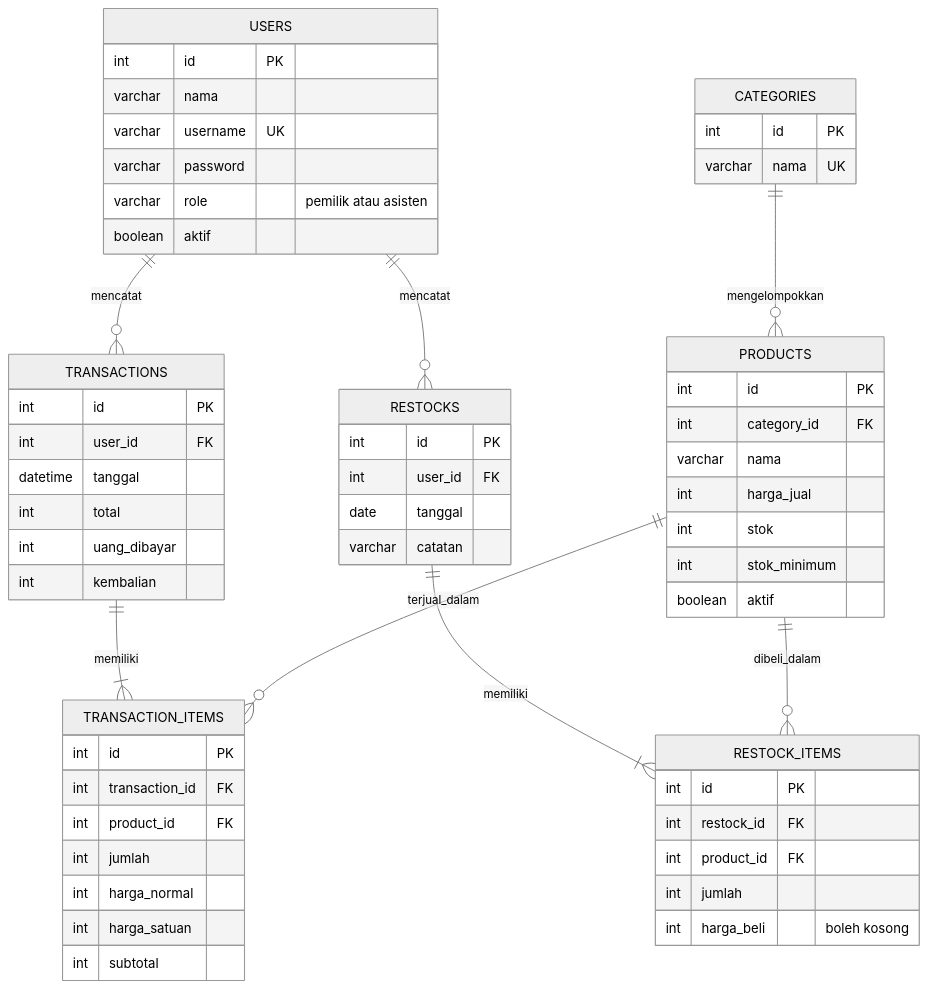
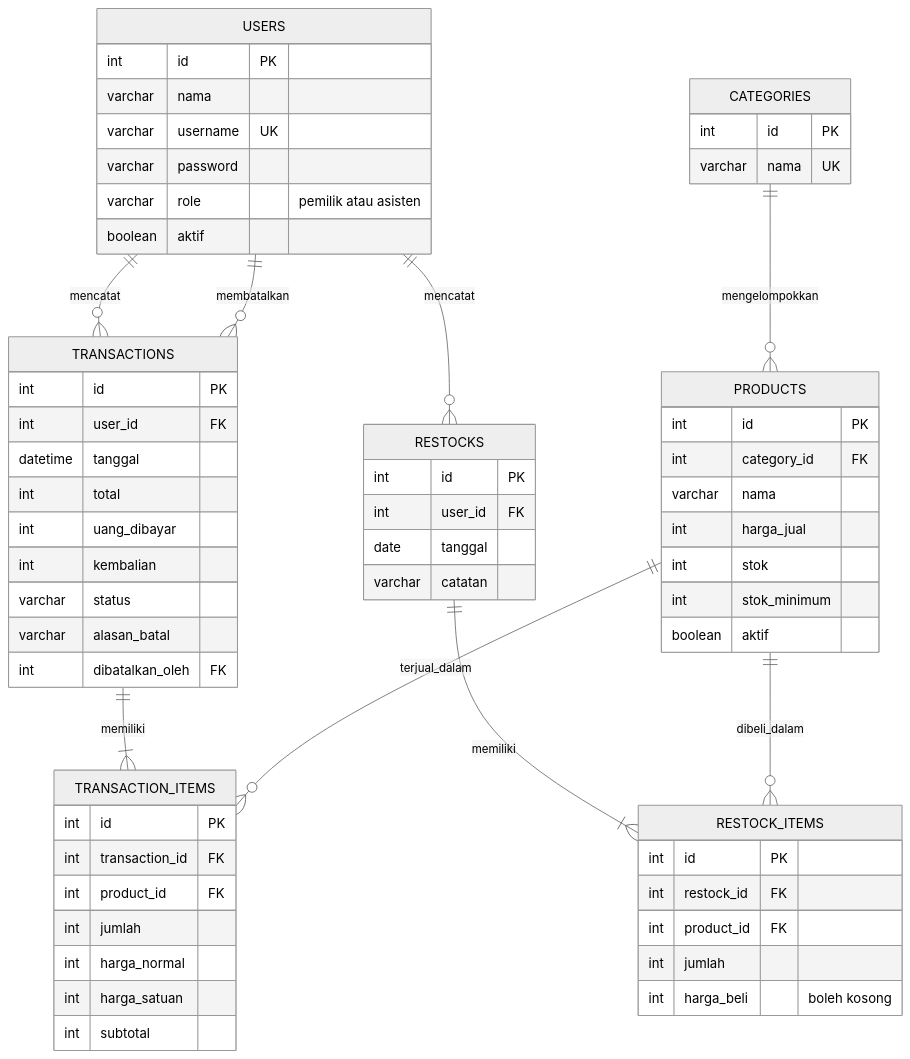
The second of 2 diagrams in docs/bab2-perancangan.md (miHanif/ProjectETS_PBK), drawn with Mermaid (neutral theme) before and after one commit. The commit also changed other lines of this file and 19 other files, not shown here.

````diff
--- a/docs/bab2-perancangan.md
+++ b/docs/bab2-perancangan.md
@@ -269,62 +293,66 @@
 ```mermaid
 erDiagram
   USERS ||--o{ TRANSACTIONS : mencatat
   USERS ||--o{ RESTOCKS : mencatat
+  USERS ||--o{ TRANSACTIONS : membatalkan
   CATEGORIES ||--o{ PRODUCTS : mengelompokkan
   TRANSACTIONS ||--|{ TRANSACTION_ITEMS : memiliki
   PRODUCTS ||--o{ TRANSACTION_ITEMS : terjual_dalam
   RESTOCKS ||--|{ RESTOCK_ITEMS : memiliki
   PRODUCTS ||--o{ RESTOCK_ITEMS : dibeli_dalam
 
   USERS {
     int id PK
     varchar nama
     varchar username UK
     varchar password
     varchar role "pemilik atau asisten"
     boolean aktif
   }
   CATEGORIES {
     int id PK
     varchar nama UK
   }
   PRODUCTS {
     int id PK
     int category_id FK
     varchar nama
     int harga_jual
     int stok
     int stok_minimum
     boolean aktif
   }
   TRANSACTIONS {
     int id PK
     int user_id FK
     datetime tanggal
     int total
     int uang_dibayar
     int kembalian
+    varchar status
+    varchar alasan_batal
+    int dibatalkan_oleh FK
   }
   TRANSACTION_ITEMS {
     int id PK
     int transaction_id FK
     int product_id FK
     int jumlah
     int harga_normal
     int harga_satuan
     int subtotal
   }
   RESTOCKS {
     int id PK
     int user_id FK
     date tanggal
     varchar catatan
   }
   RESTOCK_ITEMS {
     int id PK
     int restock_id FK
     int product_id FK
     int jumlah
     int harga_beli "boleh kosong"
   }
 ```
````
